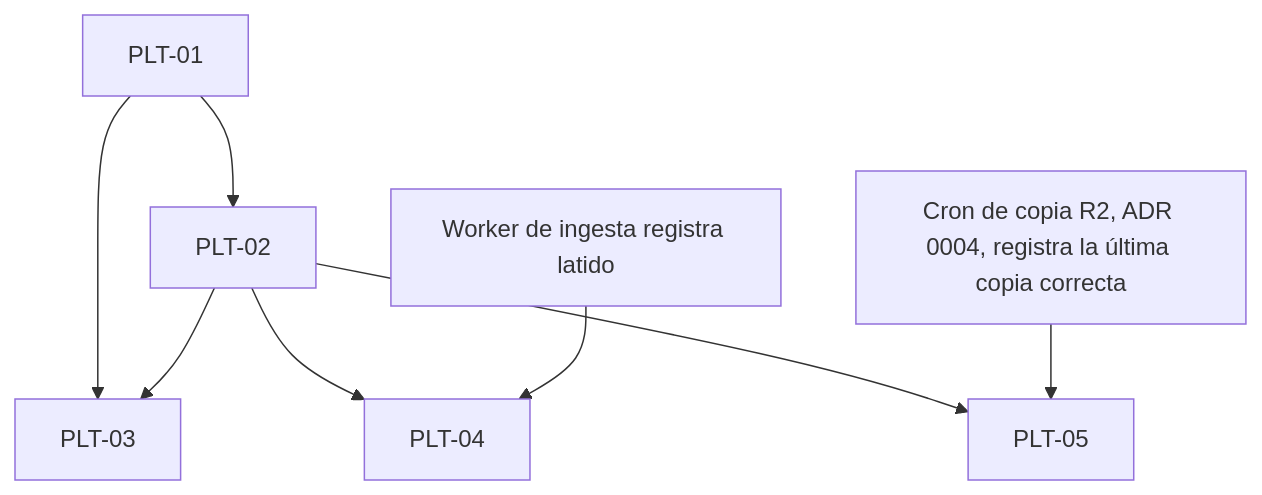
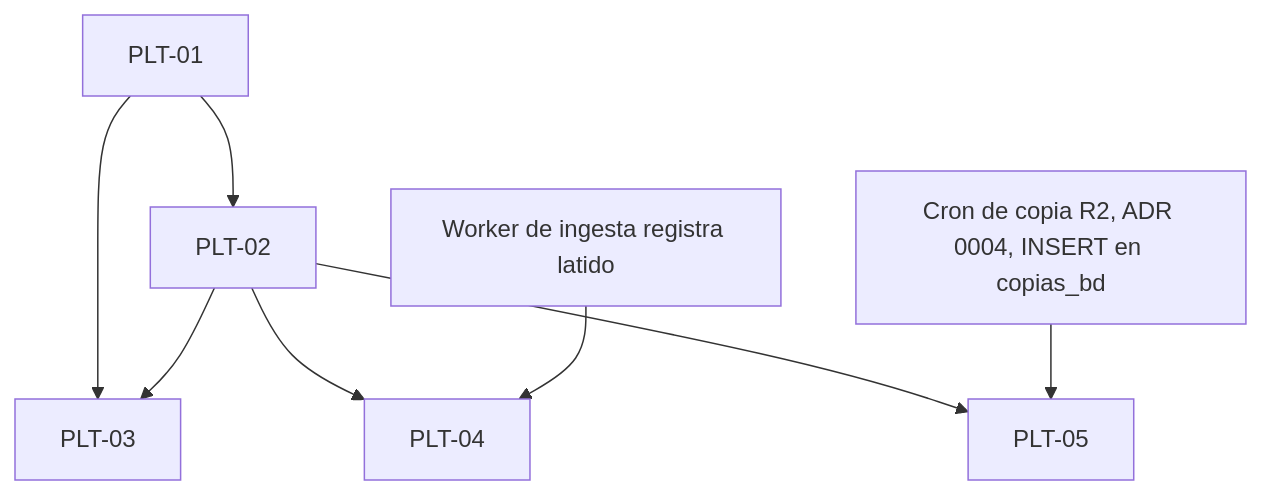
The diagram in docs/stories/plataforma/README.md (bacsystem/learning), drawn with Mermaid before and after one commit. The commit also changed other lines of this file and 4 other files, not shown here.

First line of the commit message:
docs: apply the architect's answers to the PLT health stories

````diff
--- a/docs/stories/plataforma/README.md
+++ b/docs/stories/plataforma/README.md
@@ -23,10 +23,10 @@
 ```mermaid
 flowchart TD
   PLT-01 --> PLT-02
   PLT-01 --> PLT-03
   PLT-02 --> PLT-03
   PLT-02 --> PLT-04
   PLT-02 --> PLT-05
   W[Worker de ingesta registra latido] --> PLT-04
-  B[Cron de copia R2, ADR 0004, registra la última copia correcta] --> PLT-05
+  B[Cron de copia R2, ADR 0004, INSERT en copias_bd] --> PLT-05
 ```
````
